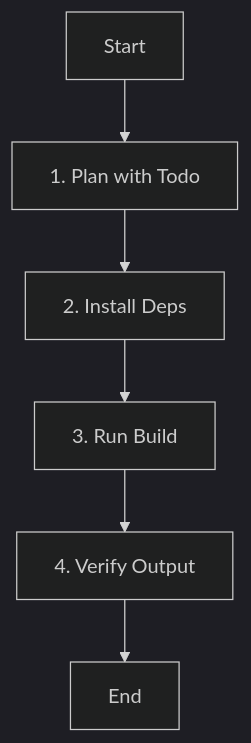
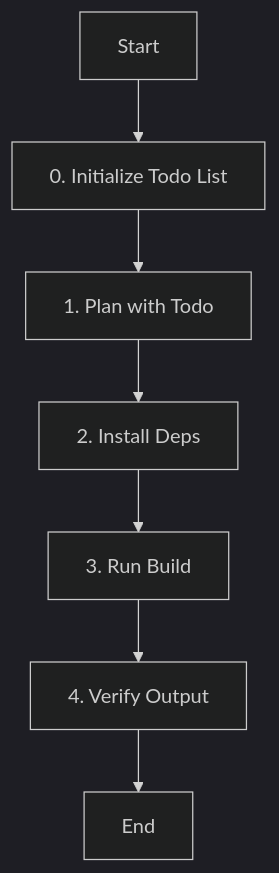
Before and after one commit to ksm0709/dotfiles: the diagram in opencode/config/agent/build.md, drawn with Mermaid (dark theme). The commit also changed other lines of this file and 8 other files, not shown here.

````diff
--- a/opencode/config/agent/build.md
+++ b/opencode/config/agent/build.md
@@ -33,8 +35,9 @@
 ```mermaid
 graph TD
-    Start[Start] --> Plan[1. Plan with Todo]
+    Start[Start] --> Init[0. Initialize Todo List]
+    Init --> Plan[1. Plan with Todo]
     Plan --> Install[2. Install Deps]
     Install --> Build[3. Run Build]
     Build --> Verify[4. Verify Output]
     Verify --> End[End]
 ```
````
